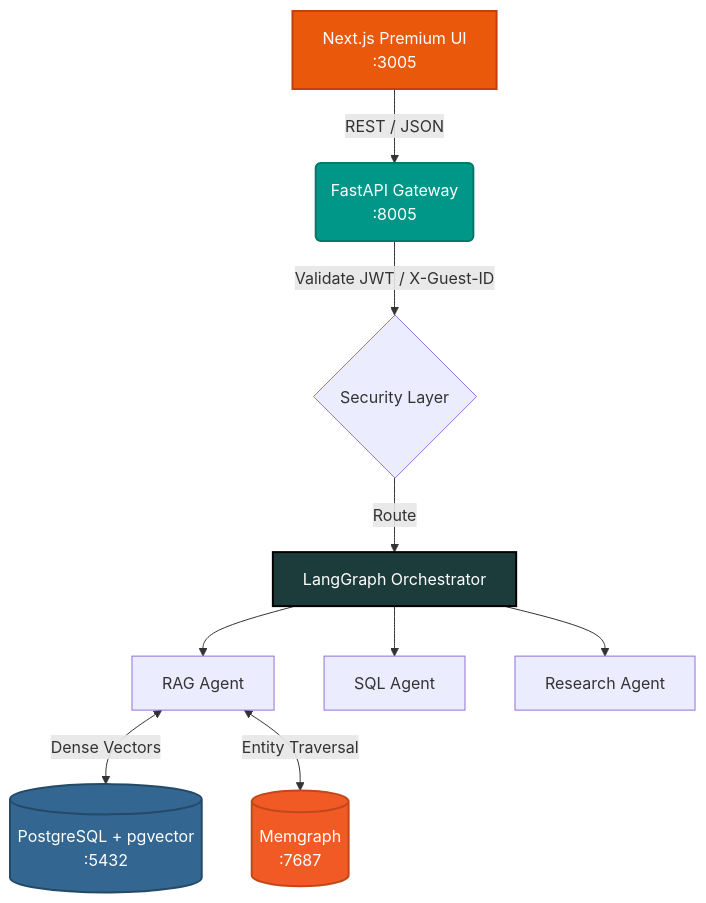
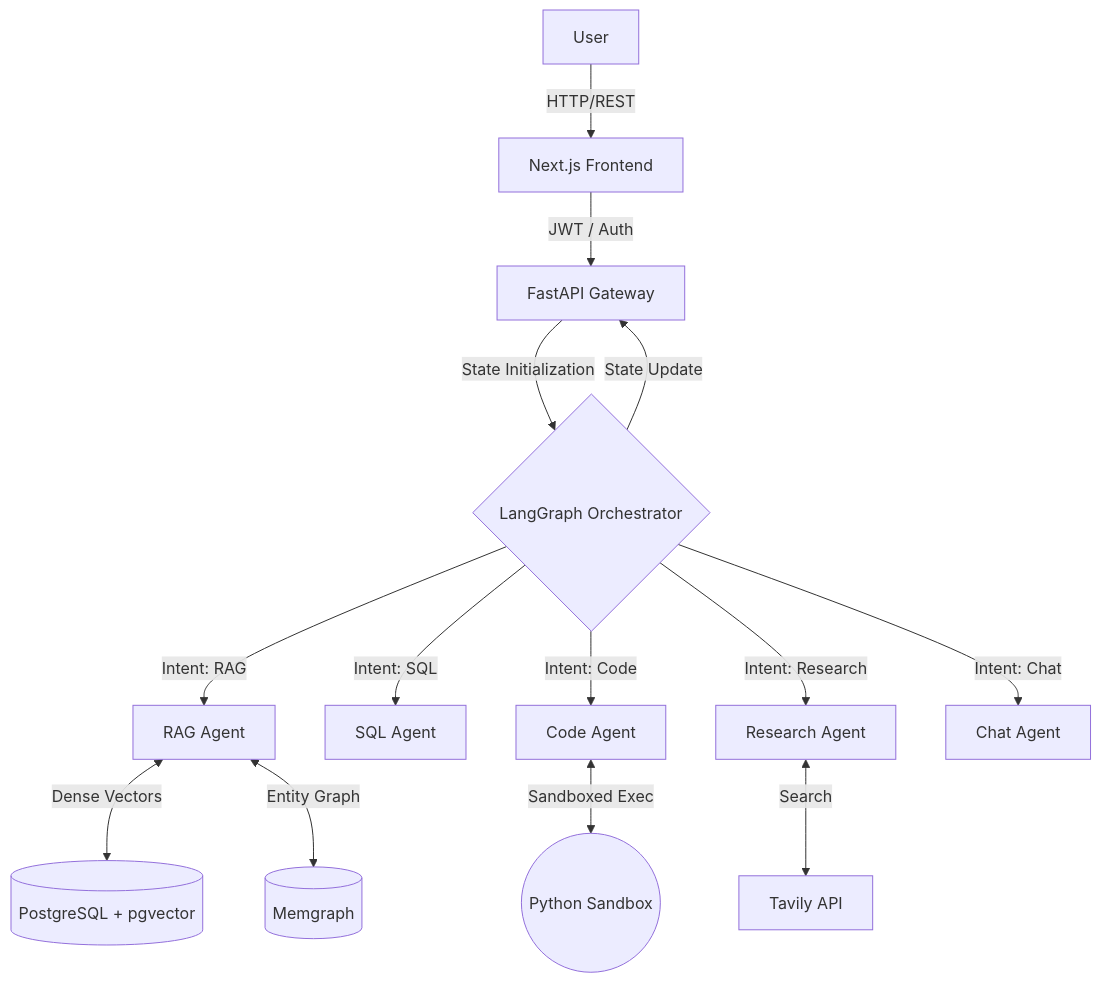
One commit to Harsh-Sharma29/AgenticFlow changed the diagram in README.md. Above: the diagram before and after it, drawn with Mermaid. The commit also changed other lines of this file and 2 other files, not shown here.

Commit message:
docs: completely rewrite README for recruiter readiness and architecture accuracy

````diff
--- a/README.md
+++ b/README.md
@@ -52,20 +40,22 @@
 ```mermaid
 graph TD
-    UI[Next.js Premium UI <br/> :3005] -->|REST / JSON| GW(FastAPI Gateway <br/> :8005)
+    User -->|HTTP/REST| UI[Next.js Frontend]
+    UI -->|JWT / Auth| API[FastAPI Gateway]
     
-    GW -->|Validate JWT / X-Guest-ID| Auth{Security Layer}
-    Auth -->|Route| ORCH[LangGraph Orchestrator]
+    API -->|State Initialization| Router{LangGraph Orchestrator}
     
-    ORCH --> RAG[RAG Agent]
-    ORCH --> SQL[SQL Agent]
-    ORCH --> WEB[Research Agent]
+    Router -->|Intent: RAG| RAG[RAG Agent]
+    Router -->|Intent: SQL| SQL[SQL Agent]
+    Router -->|Intent: Code| Code[Code Agent]
+    Router -->|Intent: Research| Web[Research Agent]
+    Router -->|Intent: Chat| Chat[Chat Agent]
     
-    RAG <-->|Dense Vectors| PG[(PostgreSQL + pgvector <br/> :5432)]
-    RAG <-->|Entity Traversal| MG[(Memgraph <br/> :7687)]
+    RAG <-->|Dense Vectors| PG[(PostgreSQL + pgvector)]
+    RAG <-->|Entity Graph| MG[(Memgraph)]
     
-    style UI fill:#ea580c,stroke:#c2410c,stroke-width:2px,color:#fff
-    style GW fill:#009688,stroke:#00796B,stroke-width:2px,color:#fff
-    style ORCH fill:#1C3C3C,stroke:#000,stroke-width:2px,color:#fff
-    style PG fill:#336791,stroke:#234a66,stroke-width:2px,color:#fff
-    style MG fill:#f15a24,stroke:#c0481c,stroke-width:2px,color:#fff
+    Web <-->|Search| Tavily[Tavily API]
+    
+    Code <-->|Sandboxed Exec| Sandbox((Python Sandbox))
+    
+    Router -->|State Update| API
 ```
````
